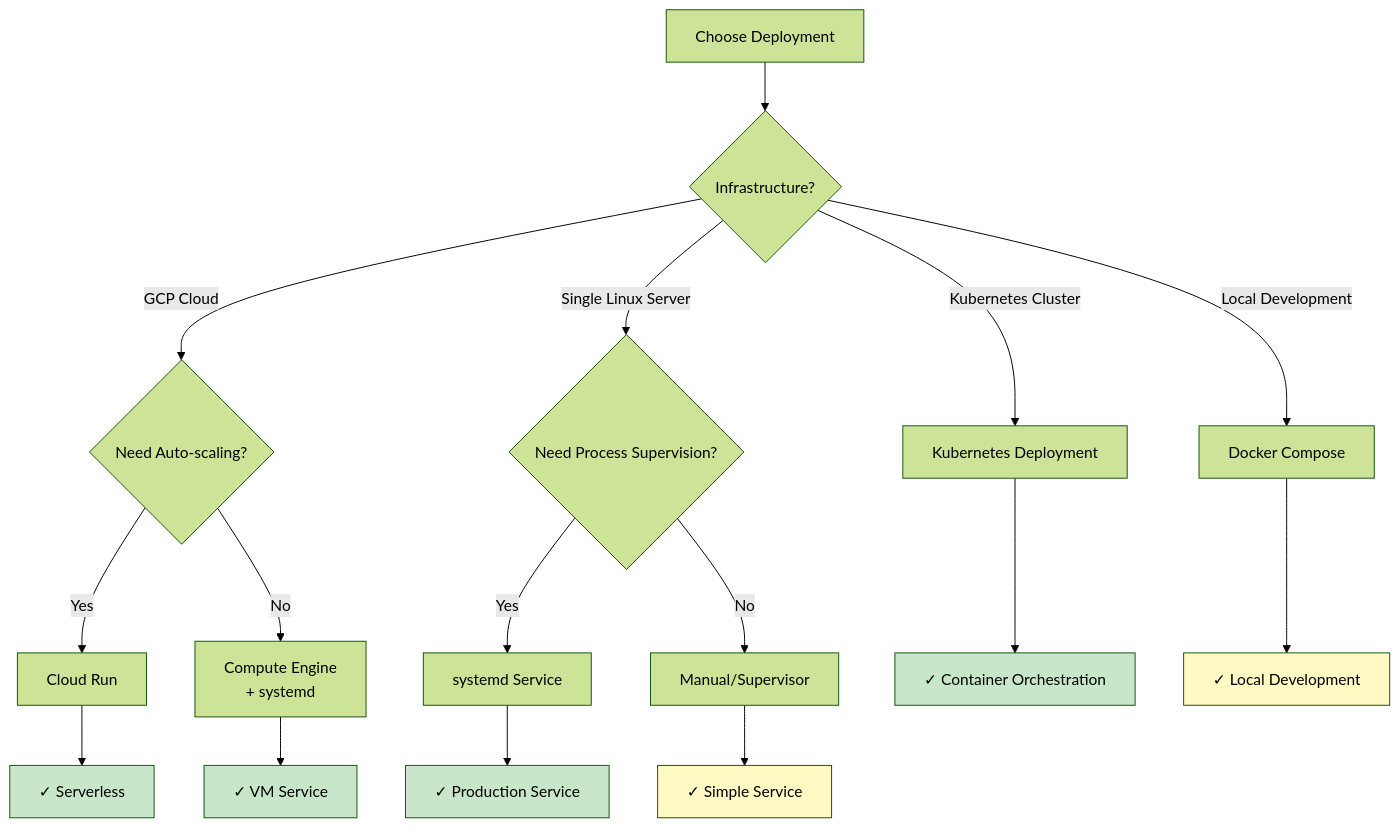
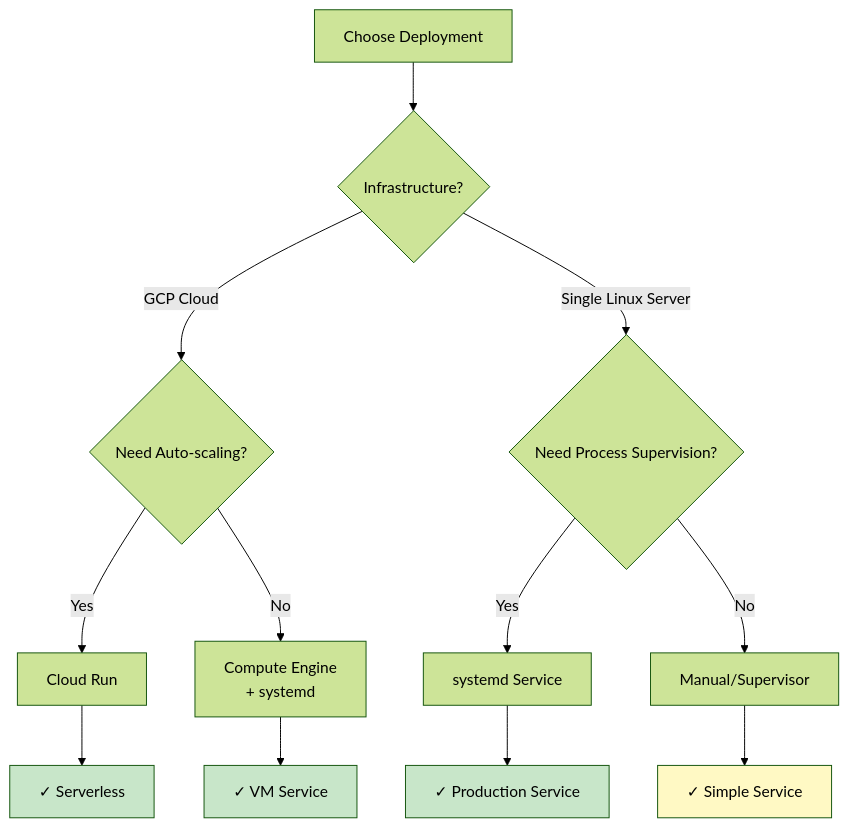
One commit to lesleslie/oneiric changed diagram 26 of 32 in docs/VISUAL_GUIDE.md. Above: the diagram before and after it, drawn with Mermaid (forest theme). The commit also changed other lines of this file, not shown here.

First line of the commit message:
fix(oneiric): trim deployment diagram to documented targets (Cloud Run + systemd)

````diff
--- a/docs/VISUAL_GUIDE.md
+++ b/docs/VISUAL_GUIDE.md
@@ -887,29 +860,23 @@
 ```mermaid
 graph TD
     A[Choose Deployment] --> B{Infrastructure?}
 
     B -->|GCP Cloud| C{Need Auto-scaling?}
-    B -->|Kubernetes Cluster| D[Kubernetes Deployment]
-    B -->|Single Linux Server| E{Need Process Supervision?}
-    B -->|Local Development| F[Docker Compose]
+    B -->|Single Linux Server| D{Need Process Supervision?}
 
-    C -->|Yes| G[Cloud Run]
-    C -->|No| H[Compute Engine<br/>+ systemd]
+    C -->|Yes| E[Cloud Run]
+    C -->|No| F[Compute Engine<br/>+ systemd]
 
-    E -->|Yes| I[systemd Service]
-    E -->|No| J[Manual/Supervisor]
+    D -->|Yes| G[systemd Service]
+    D -->|No| H[Manual/Supervisor]
 
-    G --> K[✓ Serverless]
-    D --> L[✓ Container Orchestration]
-    I --> M[✓ Production Service]
-    H --> N[✓ VM Service]
-    F --> O[✓ Local Development]
-    J --> P[✓ Simple Service]
+    E --> I[✓ Serverless]
+    G --> J[✓ Production Service]
+    F --> K[✓ VM Service]
+    H --> L[✓ Simple Service]
 
+    style I fill:#c8e6c9
+    style J fill:#c8e6c9
     style K fill:#c8e6c9
-    style L fill:#c8e6c9
-    style M fill:#c8e6c9
-    style N fill:#c8e6c9
-    style O fill:#fff9c4
-    style P fill:#fff9c4
+    style L fill:#fff9c4
 ```
````
